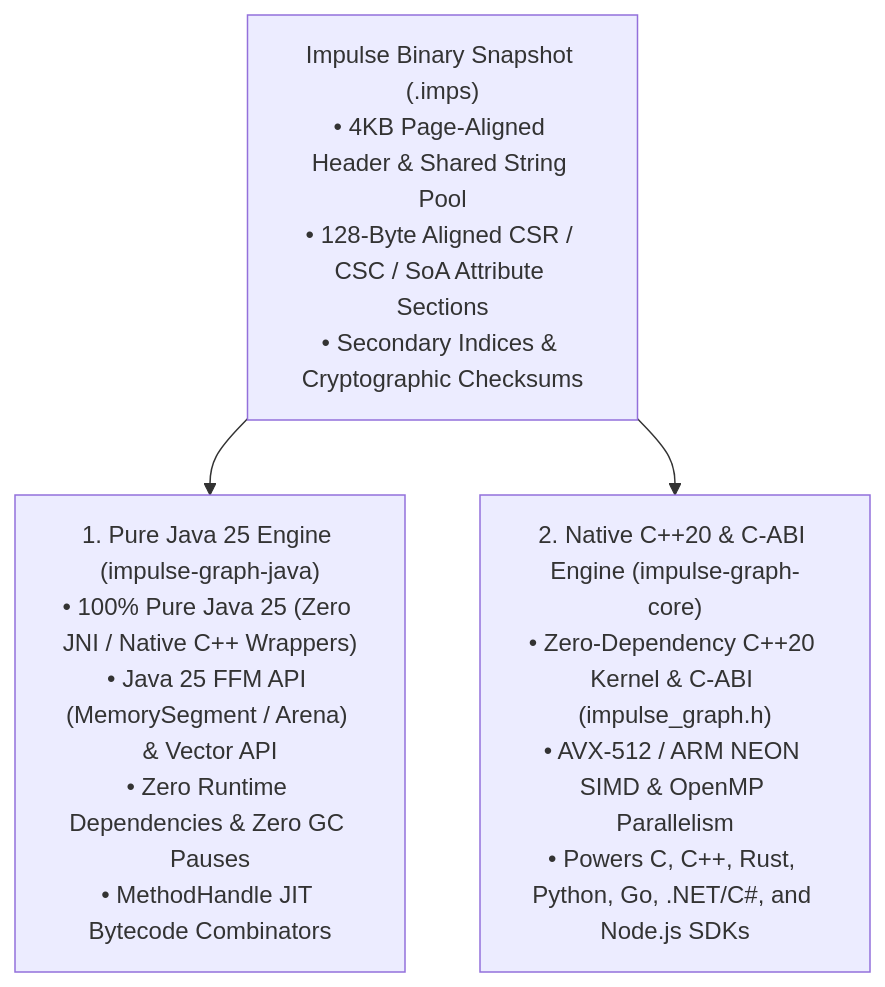
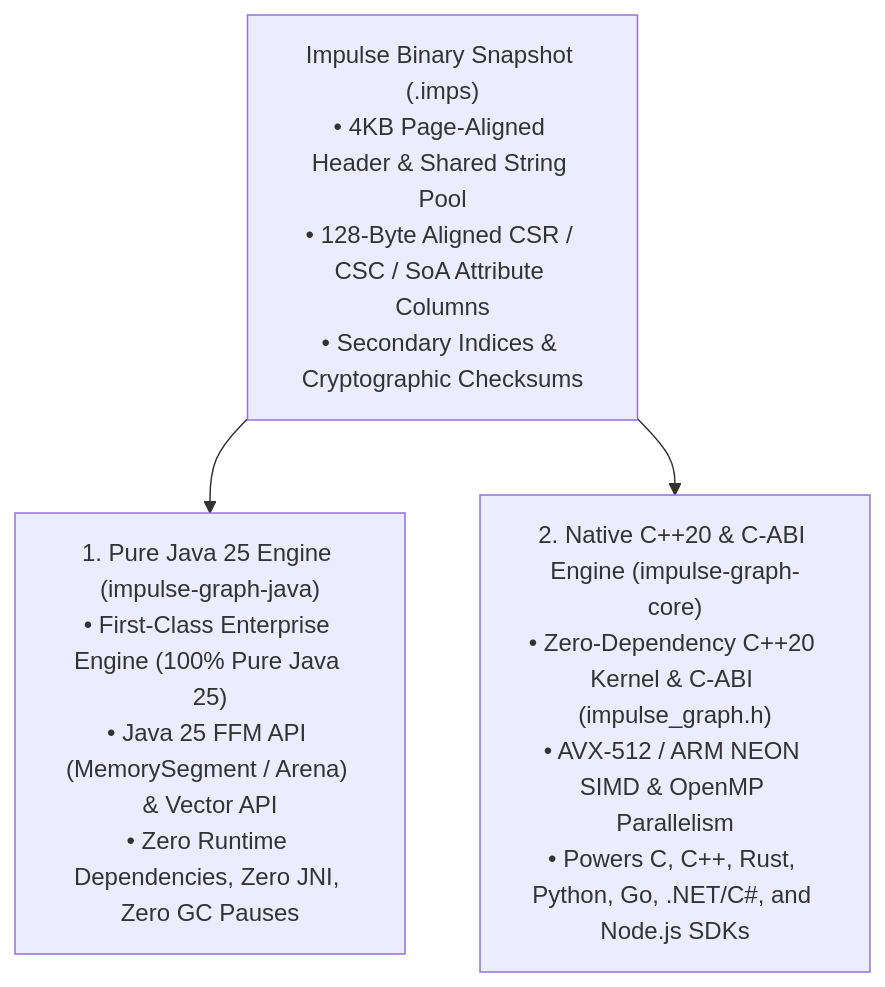
One commit to impulse-graph/impulse-website changed the diagram in docs/index.md. Above: the diagram before and after it, drawn with Mermaid. The commit also changed other lines of this file and 5 other files, not shown here.

````diff
--- a/docs/index.md
+++ b/docs/index.md
@@ -15,7 +30,7 @@
 ```mermaid
 flowchart TD
-    IMPS["Impulse Binary Snapshot (.imps)\n• 4KB Page-Aligned Header & Shared String Pool\n• 128-Byte Aligned CSR / CSC / SoA Attribute Sections\n• Secondary Indices & Cryptographic Checksums"]
+    IMPS["Impulse Binary Snapshot (.imps)\n• 4KB Page-Aligned Header & Shared String Pool\n• 128-Byte Aligned CSR / CSC / SoA Attribute Columns\n• Secondary Indices & Cryptographic Checksums"]
 
-    IMPS --> JAVA["1. Pure Java 25 Engine (impulse-graph-java)\n• 100% Pure Java 25 (Zero JNI / Native C++ Wrappers)\n• Java 25 FFM API (MemorySegment / Arena) & Vector API\n• Zero Runtime Dependencies & Zero GC Pauses\n• MethodHandle JIT Bytecode Combinators"]
+    IMPS --> JAVA["1. Pure Java 25 Engine (impulse-graph-java)\n• First-Class Enterprise Engine (100% Pure Java 25)\n• Java 25 FFM API (MemorySegment / Arena) & Vector API\n• Zero Runtime Dependencies, Zero JNI, Zero GC Pauses"]
     IMPS --> CABI["2. Native C++20 & C-ABI Engine (impulse-graph-core)\n• Zero-Dependency C++20 Kernel & C-ABI (impulse_graph.h)\n• AVX-512 / ARM NEON SIMD & OpenMP Parallelism\n• Powers C, C++, Rust, Python, Go, .NET/C#, and Node.js SDKs"]
 ```
````
